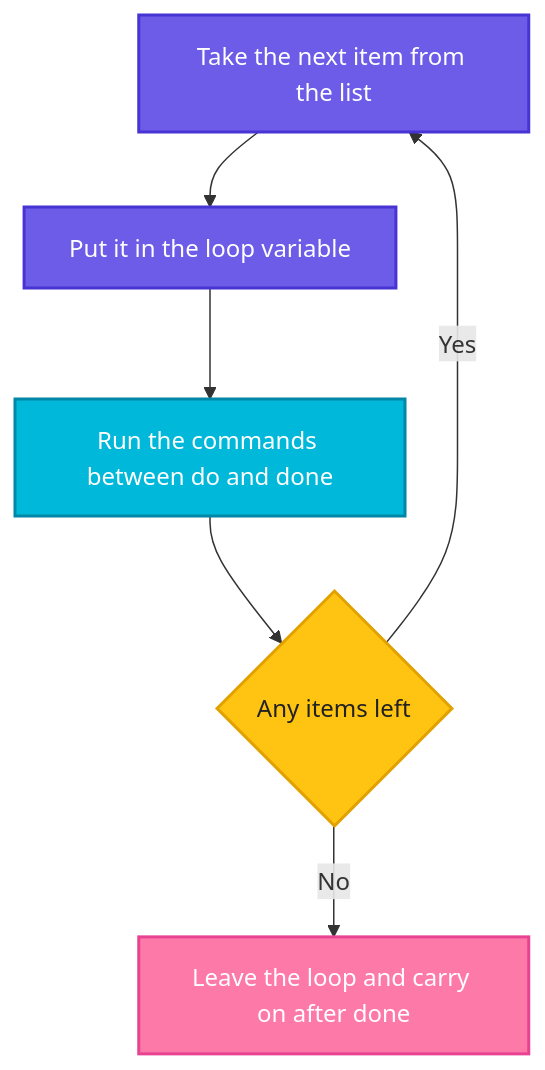
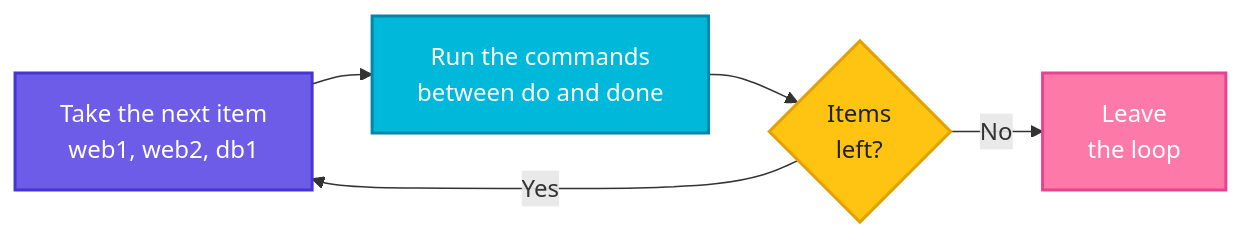
Before and after one commit to codeKerdosTech/DevOps-Documentation: the diagram in shell-script/09-for-loops.md, drawn with Mermaid. The commit also changed other lines of this file and 10 other files, not shown here.

````diff
--- a/shell-script/09-for-loops.md
+++ b/shell-script/09-for-loops.md
@@ -45,16 +47,17 @@
 ```mermaid
-flowchart TD
-    A["Take the next item from the list"] --> B["Put it in the loop variable"]
-    B --> C["Run the commands between do and done"]
-    C --> D{"Any items left"}
-    D -- Yes --> A
-    D -- No --> E["Leave the loop and carry on after done"]
+%%{init: {"flowchart": {"nodeSpacing": 30, "rankSpacing": 40}}}%%
+flowchart LR
+    A["Take the next item<br/>web1, web2, db1"] --> B["Run the commands<br/>between do and done"]
+    B --> C{"Items<br/>left?"}
+    C -- Yes --> A
+    C -- No --> D["Leave<br/>the loop"]
     classDef start fill:#6C5CE7,stroke:#4834D4,stroke-width:2px,color:#fff
     classDef proc fill:#00B8D9,stroke:#0087A8,stroke-width:2px,color:#fff
     classDef dec fill:#FFC312,stroke:#E1A100,stroke-width:2px,color:#222
+    classDef ok fill:#2ECC71,stroke:#1E8449,stroke-width:2px,color:#fff
     classDef out fill:#FD79A8,stroke:#E84393,stroke-width:2px,color:#fff
-    class A,B start
-    class C proc
-    class D dec
-    class E out
+    class A start
+    class B proc
+    class C dec
+    class D out
 ```
````
